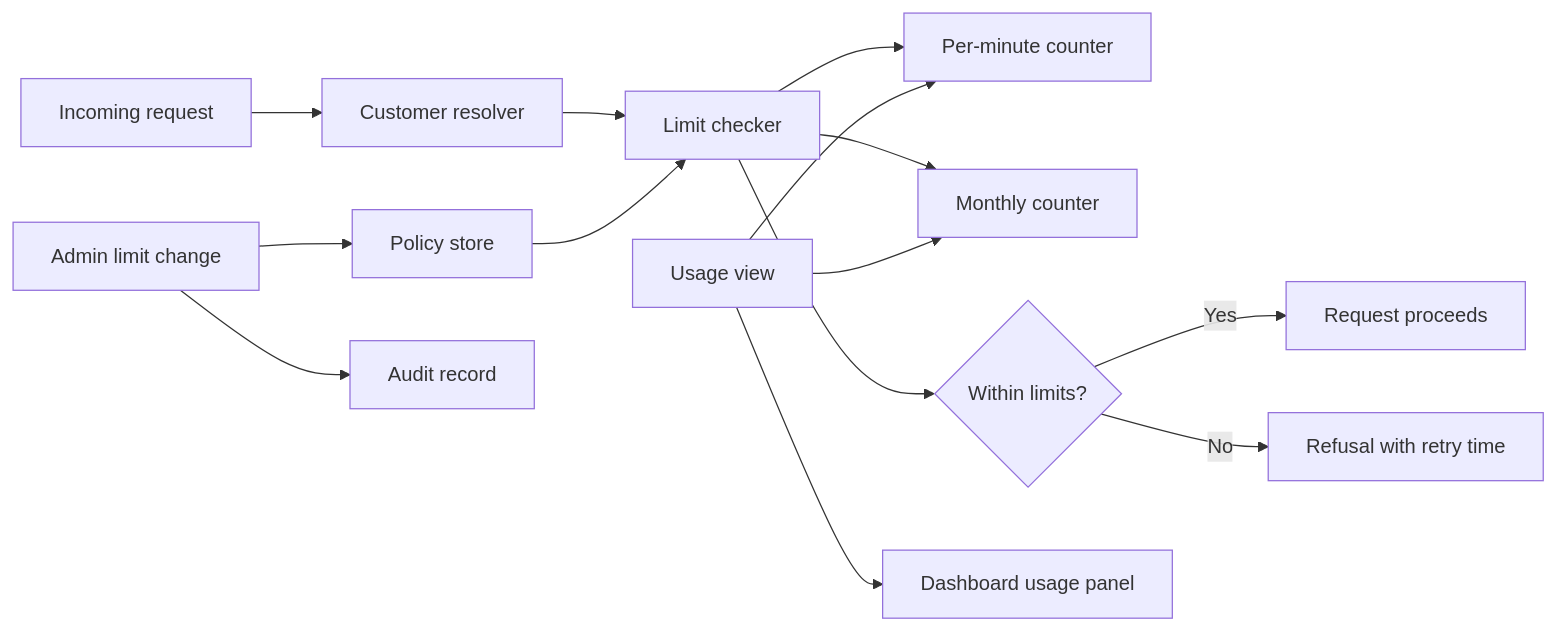
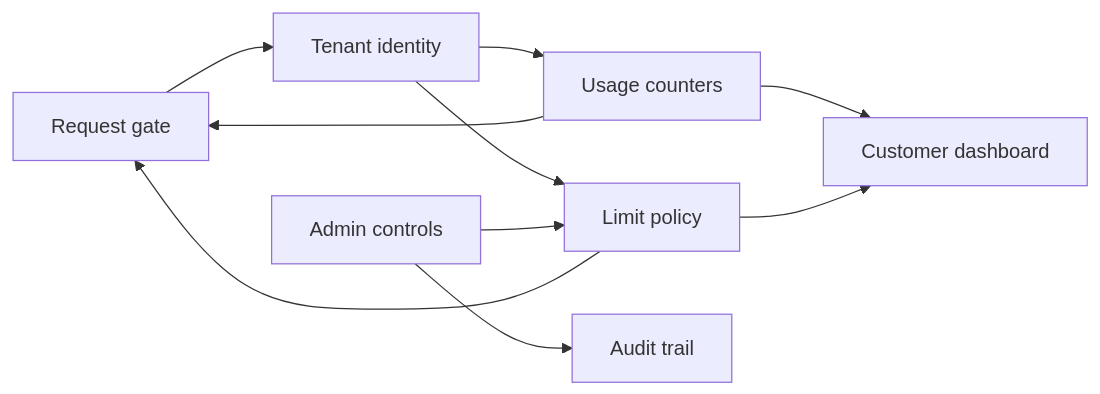
One commit to d0whc3r/spec-kit-product changed the second of 3 diagrams in examples/specs/001-tenant-rate-limiting/product/20-plan.md. Above: the diagram before and after it, drawn with Mermaid. The commit also changed other lines of this file and 5 other files, not shown here.

First line of the commit message:
Refactor technical design and checklist for Per-Tenant API Rate Limiting feature

````diff
--- a/examples/specs/001-tenant-rate-limiting/product/20-plan.md
+++ b/examples/specs/001-tenant-rate-limiting/product/20-plan.md
@@ -61,16 +62,12 @@
 ```mermaid
 flowchart LR
-    A[Incoming request] --> B[Customer resolver]
-    B --> C[Limit checker]
-    F[Policy store] --> C
-    C --> D[Per-minute counter]
-    C --> E[Monthly counter]
-    C --> G{Within limits?}
-    G -->|Yes| H[Request proceeds]
-    G -->|No| I[Refusal with retry time]
-    P[Usage view] --> D
-    P --> E
-    P --> Q[Dashboard usage panel]
-    R[Admin limit change] --> F
-    R --> S[Audit record]
+    RequestGate[Request gate] --> TenantIdentity[Tenant identity]
+    TenantIdentity --> LimitPolicy[Limit policy]
+    TenantIdentity --> UsageCounters[Usage counters]
+    LimitPolicy --> RequestGate
+    UsageCounters --> RequestGate
+    AdminControls[Admin controls] --> LimitPolicy
+    AdminControls --> AuditTrail[Audit trail]
+    UsageCounters --> CustomerDashboard[Customer dashboard]
+    LimitPolicy --> CustomerDashboard
 ```
````
